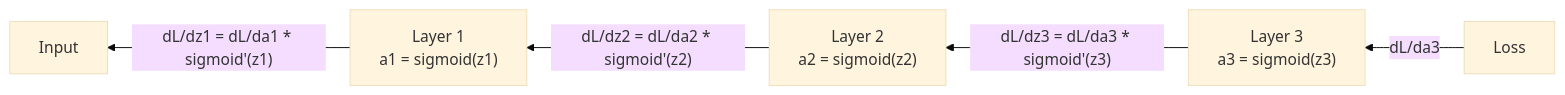
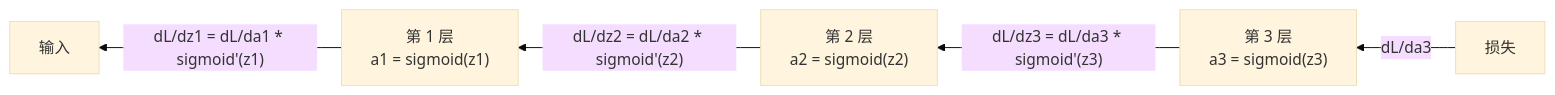
The third of 3 diagrams in phases/03-deep-learning-core/03-backpropagation/docs/zh.md (alessandrodinisio-ai/ai-engineering-learning-framework), drawn with Mermaid (base theme) before and after one commit. The commit also changed other lines of this file and 120 other files, not shown here.

First line of the commit message:
i18n(mermaid): 337 个 mermaid 图表标签中文化

````diff
--- a/phases/03-deep-learning-core/03-backpropagation/docs/zh.md
+++ b/phases/03-deep-learning-core/03-backpropagation/docs/zh.md
@@ -79,7 +79,7 @@
 ```mermaid
 graph RL
-    L["Loss"] -- "dL/da3" --> L3["Layer 3\na3 = sigmoid(z3)"]
-    L3 -- "dL/dz3 = dL/da3 * sigmoid'(z3)" --> L2["Layer 2\na2 = sigmoid(z2)"]
-    L2 -- "dL/dz2 = dL/da2 * sigmoid'(z2)" --> L1["Layer 1\na1 = sigmoid(z1)"]
-    L1 -- "dL/dz1 = dL/da1 * sigmoid'(z1)" --> I["Input"]
+    L["损失"] -- "dL/da3" --> L3["第 3 层\na3 = sigmoid(z3)"]
+    L3 -- "dL/dz3 = dL/da3 * sigmoid'(z3)" --> L2["第 2 层\na2 = sigmoid(z2)"]
+    L2 -- "dL/dz2 = dL/da2 * sigmoid'(z2)" --> L1["第 1 层\na1 = sigmoid(z1)"]
+    L1 -- "dL/dz1 = dL/da1 * sigmoid'(z1)" --> I["输入"]
 ```
````
